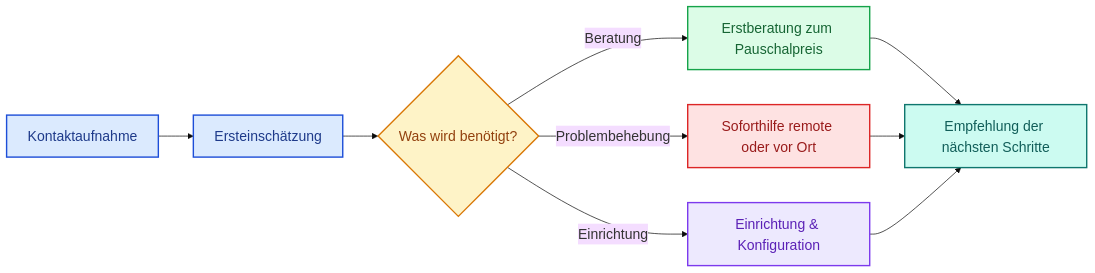
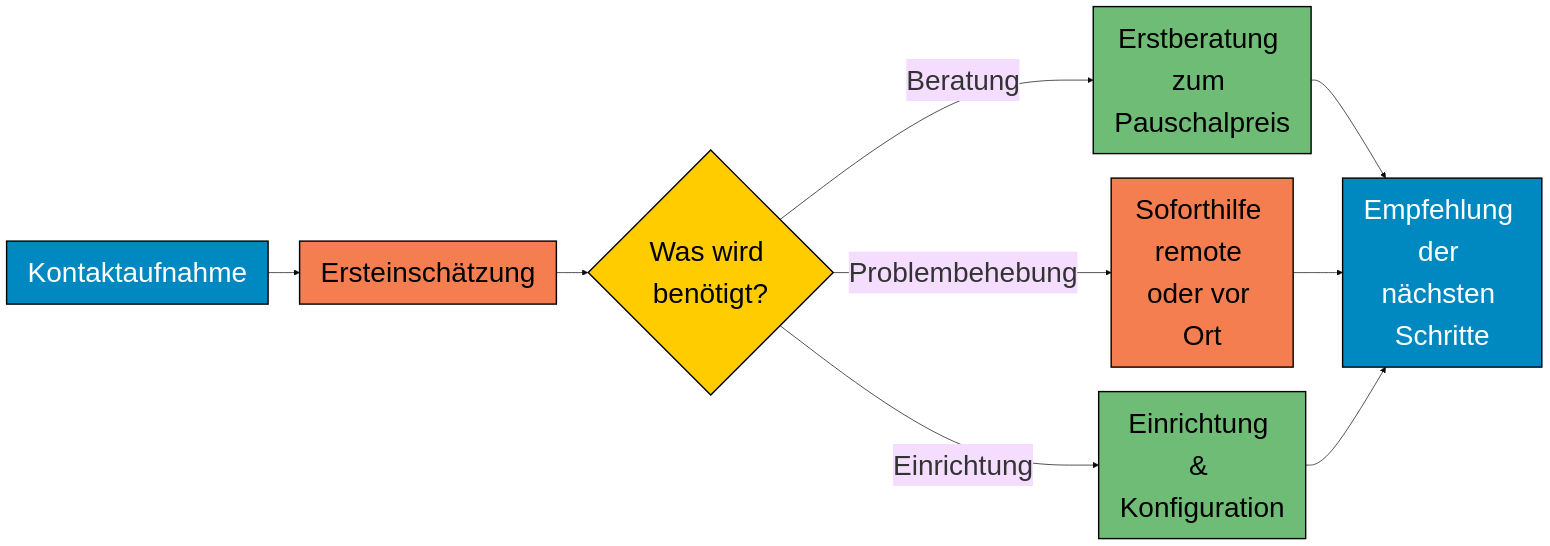
Before and after one commit to macromeer/macromeer.github.io: the diagram in README.md, drawn with Mermaid.

Commit message:
Update flowchart styles and node classes in README

````diff
--- a/README.md
+++ b/README.md
@@ -38,26 +38,22 @@
 ```mermaid
-%%{init: {'theme': 'base', 'themeVariables': { 'fontSize': '20px' }}}%%
+%%{init: {'theme': 'base', 'themeVariables': { 'fontSize': '40px' }, 'flowchart': { 'nodeSpacing': 35, 'rankSpacing': 45 }}}%%
 flowchart LR
     A[Kontaktaufnahme] --> B[Ersteinschätzung]
     B --> C{Was wird benötigt?}
     C -->|Beratung| D[Erstberatung zum Pauschalpreis]
     C -->|Problembehebung| E[Soforthilfe remote oder vor Ort]
     C -->|Einrichtung| F[Einrichtung & Konfiguration]
     D --> G[Empfehlung der nächsten Schritte]
     E --> G
     F --> G
 
-    classDef start fill:#dbeafe,stroke:#1d4ed8,color:#1e3a8a,stroke-width:2px;
-    classDef decision fill:#fef3c7,stroke:#d97706,color:#92400e,stroke-width:2px;
-    classDef consult fill:#dcfce7,stroke:#16a34a,color:#166534,stroke-width:2px;
-    classDef urgent fill:#fee2e2,stroke:#dc2626,color:#991b1b,stroke-width:2px;
-    classDef setup fill:#ede9fe,stroke:#7c3aed,color:#5b21b6,stroke-width:2px;
-    classDef result fill:#ccfbf1,stroke:#0f766e,color:#115e59,stroke-width:2px;
+    classDef blue fill:#0089c0,stroke:#000000,color:#ffffff,stroke-width:2px;
+    classDef red fill:#f47e50,stroke:#000000,color:#000000,stroke-width:2px;
+    classDef green fill:#6fbc76,stroke:#000000,color:#000000,stroke-width:2px;
+    classDef yellow fill:#ffcc00,stroke:#000000,color:#000000,stroke-width:2px;
 
-    class A,B start;
-    class C decision;
-    class D consult;
-    class E urgent;
-    class F setup;
-    class G result;
+    class A,G blue;
+    class B,E red;
+    class D,F green;
+    class C yellow;
 ```
````
